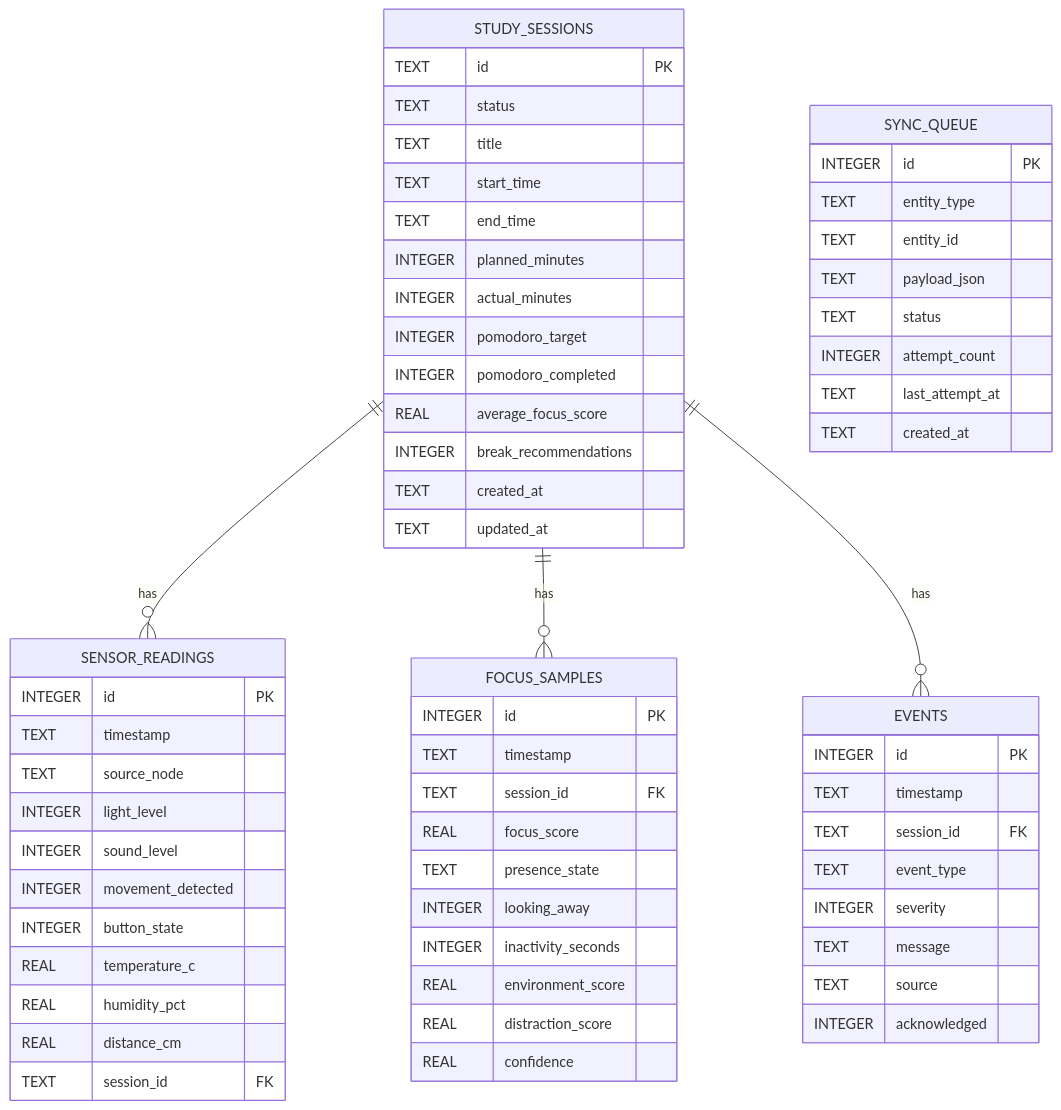
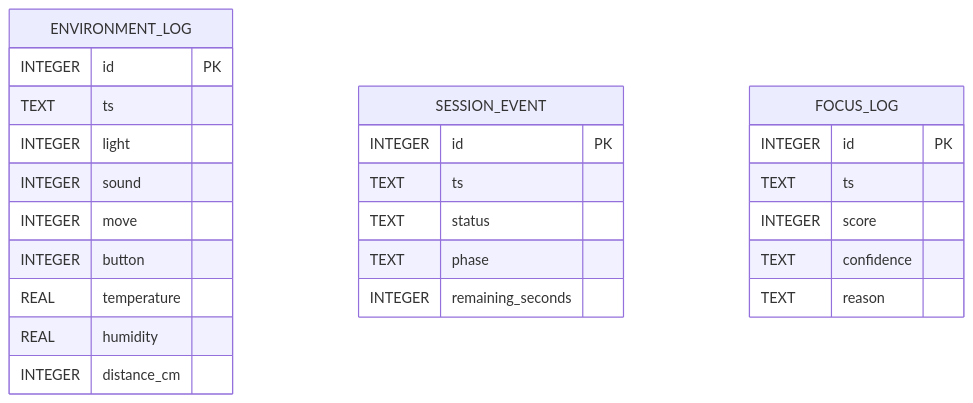
Before and after one commit to MichalisCYP/CMT223: the first of 2 diagrams in docs/2. Architecture and Design/ERD.md, drawn with Mermaid. The commit also changed other lines of this file and 2 other files, not shown here.

Commit message:
updated diagrams

````diff
--- a/docs/2. Architecture and Design/ERD.md
+++ b/docs/2. Architecture and Design/ERD.md
@@ -98,71 +55,30 @@
 ```mermaid
 erDiagram
-    STUDY_SESSIONS {
-        TEXT id PK
-        TEXT status
-        TEXT title
-        TEXT start_time
-        TEXT end_time
-        INTEGER planned_minutes
-        INTEGER actual_minutes
-        INTEGER pomodoro_target
-        INTEGER pomodoro_completed
-        REAL average_focus_score
-        INTEGER break_recommendations
-        TEXT created_at
-        TEXT updated_at
+    ENVIRONMENT_LOG {
+        INTEGER id PK
+        TEXT ts
+        INTEGER light
+        INTEGER sound
+        INTEGER move
+        INTEGER button
+        REAL temperature
+        REAL humidity
+        INTEGER distance_cm
     }
 
-    SENSOR_READINGS {
+    SESSION_EVENT {
         INTEGER id PK
-        TEXT timestamp
-        TEXT source_node
-        INTEGER light_level
-        INTEGER sound_level
-        INTEGER movement_detected
-        INTEGER button_state
-        REAL temperature_c
-        REAL humidity_pct
-        REAL distance_cm
-        TEXT session_id FK
+        TEXT ts
+        TEXT status
+        TEXT phase
+        INTEGER remaining_seconds
     }
 
-    FOCUS_SAMPLES {
+    FOCUS_LOG {
         INTEGER id PK
-        TEXT timestamp
-        TEXT session_id FK
-        REAL focus_score
-        TEXT presence_state
-        INTEGER looking_away
-        INTEGER inactivity_seconds
-        REAL environment_score
-        REAL distraction_score
-        REAL confidence
+        TEXT ts
+        INTEGER score
+        TEXT confidence
+        TEXT reason
     }
-
-    EVENTS {
-        INTEGER id PK
-        TEXT timestamp
-        TEXT session_id FK
-        TEXT event_type
-        INTEGER severity
-        TEXT message
-        TEXT source
-        INTEGER acknowledged
-    }
-
-    SYNC_QUEUE {
-        INTEGER id PK
-        TEXT entity_type
-        TEXT entity_id
-        TEXT payload_json
-        TEXT status
-        INTEGER attempt_count
-        TEXT last_attempt_at
-        TEXT created_at
-    }
-
-    STUDY_SESSIONS ||--o{ SENSOR_READINGS : has
-    STUDY_SESSIONS ||--o{ FOCUS_SAMPLES : has
-    STUDY_SESSIONS ||--o{ EVENTS : has
 ```
````
